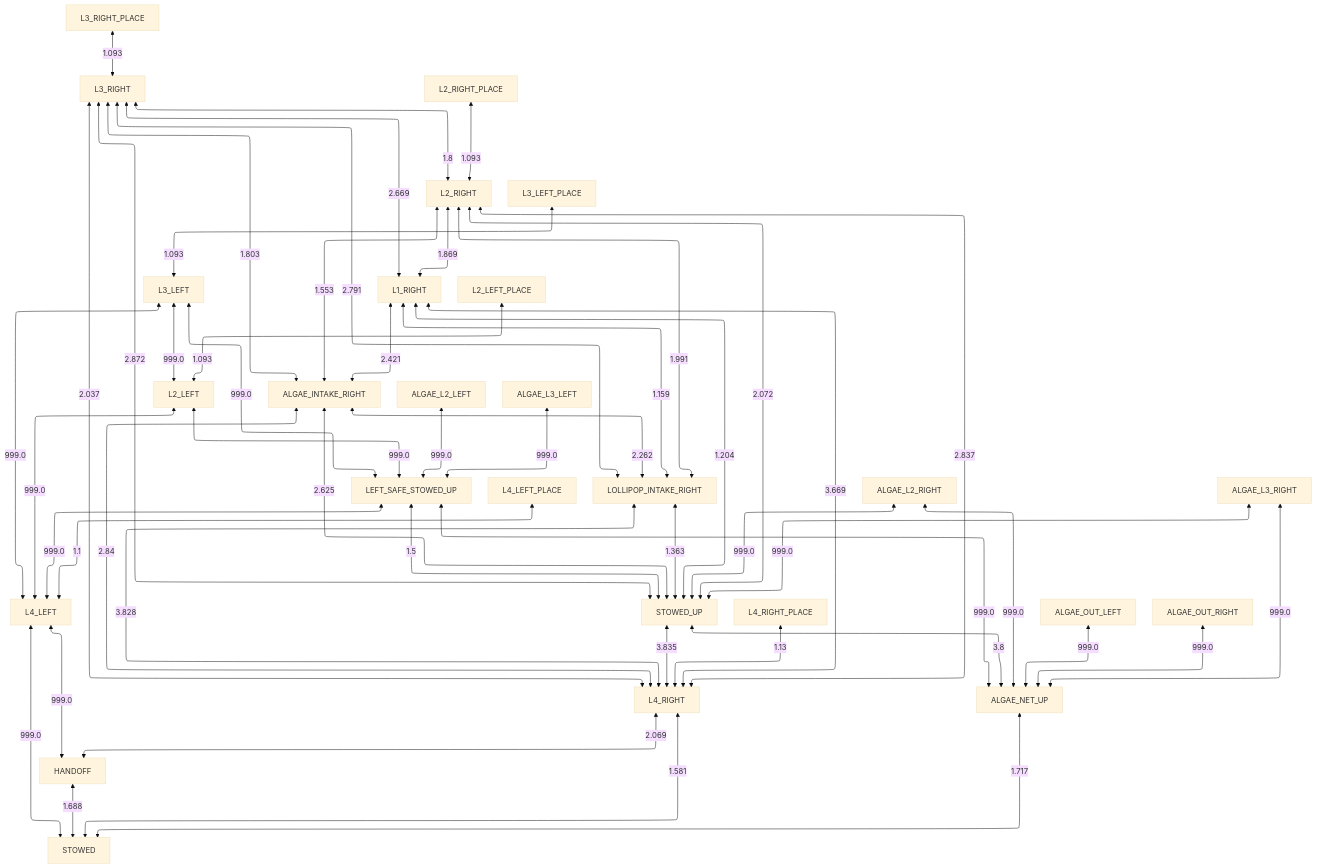
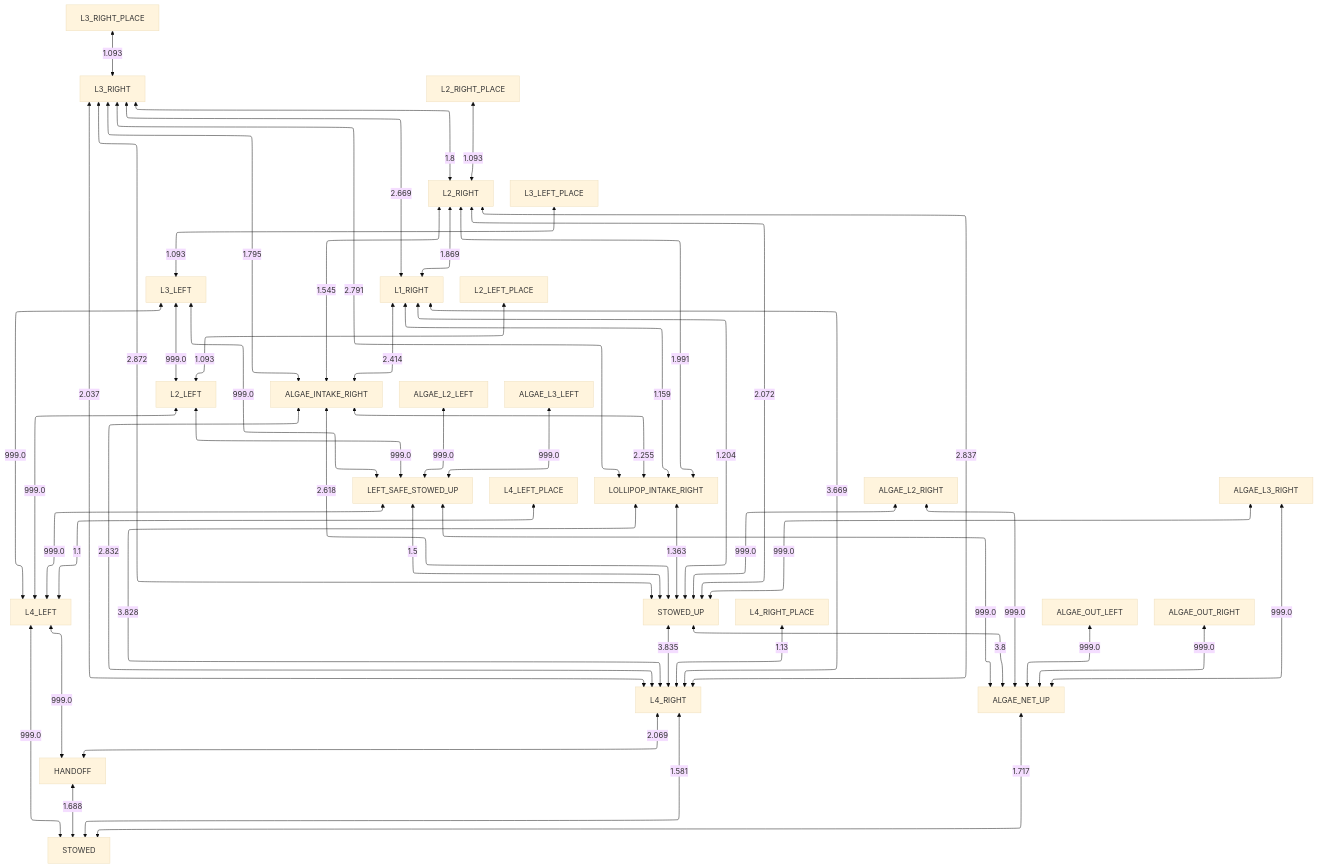
The diagram in docs/collision_avoidance/left_obstructed.md (team581/offseason-2025-comp), drawn with Mermaid (base theme) before and after one commit. The commit also changed 2 other files, not shown here.

Commit message:
[autofix.ci] apply automated fixes

````diff
--- a/docs/collision_avoidance/left_obstructed.md
+++ b/docs/collision_avoidance/left_obstructed.md
@@ -3,55 +3,55 @@
 ```mermaid
 %%{ init: { "flowchart": { "defaultRenderer": "elk" } } }%%
 graph TD
 
 HANDOFF <-- 1.688 --> STOWED
 L4_LEFT <-- 999.0 --> STOWED
 L4_RIGHT <-- 1.581 --> STOWED
 ALGAE_NET_UP <-- 1.717 --> STOWED
 L4_LEFT <-- 999.0 --> HANDOFF
 L4_RIGHT <-- 2.069 --> HANDOFF
 LEFT_SAFE_STOWED_UP <-- 999.0 --> L4_LEFT
 L2_LEFT <-- 999.0 --> L4_LEFT
 L3_LEFT <-- 999.0 --> L4_LEFT
 L4_LEFT_PLACE <-- 1.1 --> L4_LEFT
 STOWED_UP <-- 3.835 --> L4_RIGHT
-ALGAE_INTAKE_RIGHT <-- 2.84 --> L4_RIGHT
+ALGAE_INTAKE_RIGHT <-- 2.832 --> L4_RIGHT
 LOLLIPOP_INTAKE_RIGHT <-- 3.828 --> L4_RIGHT
 L1_RIGHT <-- 3.669 --> L4_RIGHT
 L2_RIGHT <-- 2.837 --> L4_RIGHT
 L3_RIGHT <-- 2.037 --> L4_RIGHT
 L4_RIGHT_PLACE <-- 1.13 --> L4_RIGHT
 LEFT_SAFE_STOWED_UP <-- 999.0 --> ALGAE_NET_UP
 STOWED_UP <-- 3.8 --> ALGAE_NET_UP
 ALGAE_OUT_LEFT <-- 999.0 --> ALGAE_NET_UP
 ALGAE_OUT_RIGHT <-- 999.0 --> ALGAE_NET_UP
 ALGAE_L2_RIGHT <-- 999.0 --> ALGAE_NET_UP
 ALGAE_L3_RIGHT <-- 999.0 --> ALGAE_NET_UP
 LEFT_SAFE_STOWED_UP <-- 1.5 --> STOWED_UP
 LOLLIPOP_INTAKE_RIGHT <-- 1.363 --> STOWED_UP
-ALGAE_INTAKE_RIGHT <-- 2.625 --> STOWED_UP
+ALGAE_INTAKE_RIGHT <-- 2.618 --> STOWED_UP
 L1_RIGHT <-- 1.204 --> STOWED_UP
 L2_RIGHT <-- 2.072 --> STOWED_UP
 L3_RIGHT <-- 2.872 --> STOWED_UP
 ALGAE_L2_RIGHT <-- 999.0 --> STOWED_UP
 ALGAE_L3_RIGHT <-- 999.0 --> STOWED_UP
 L2_LEFT <-- 999.0 --> LEFT_SAFE_STOWED_UP
 L3_LEFT <-- 999.0 --> LEFT_SAFE_STOWED_UP
 ALGAE_L2_LEFT <-- 999.0 --> LEFT_SAFE_STOWED_UP
 ALGAE_L3_LEFT <-- 999.0 --> LEFT_SAFE_STOWED_UP
-ALGAE_INTAKE_RIGHT <-- 2.262 --> LOLLIPOP_INTAKE_RIGHT
+ALGAE_INTAKE_RIGHT <-- 2.255 --> LOLLIPOP_INTAKE_RIGHT
 L1_RIGHT <-- 1.159 --> LOLLIPOP_INTAKE_RIGHT
 L2_RIGHT <-- 1.991 --> LOLLIPOP_INTAKE_RIGHT
 L3_RIGHT <-- 2.791 --> LOLLIPOP_INTAKE_RIGHT
-L1_RIGHT <-- 2.421 --> ALGAE_INTAKE_RIGHT
-L2_RIGHT <-- 1.553 --> ALGAE_INTAKE_RIGHT
-L3_RIGHT <-- 1.803 --> ALGAE_INTAKE_RIGHT
+L1_RIGHT <-- 2.414 --> ALGAE_INTAKE_RIGHT
+L2_RIGHT <-- 1.545 --> ALGAE_INTAKE_RIGHT
+L3_RIGHT <-- 1.795 --> ALGAE_INTAKE_RIGHT
 L3_LEFT <-- 999.0 --> L2_LEFT
 L2_LEFT_PLACE <-- 1.093 --> L2_LEFT
 L3_LEFT_PLACE <-- 1.093 --> L3_LEFT
 L2_RIGHT <-- 1.869 --> L1_RIGHT
 L3_RIGHT <-- 2.669 --> L1_RIGHT
 L3_RIGHT <-- 1.8 --> L2_RIGHT
 L2_RIGHT_PLACE <-- 1.093 --> L2_RIGHT
 L3_RIGHT_PLACE <-- 1.093 --> L3_RIGHT
 ```
````
